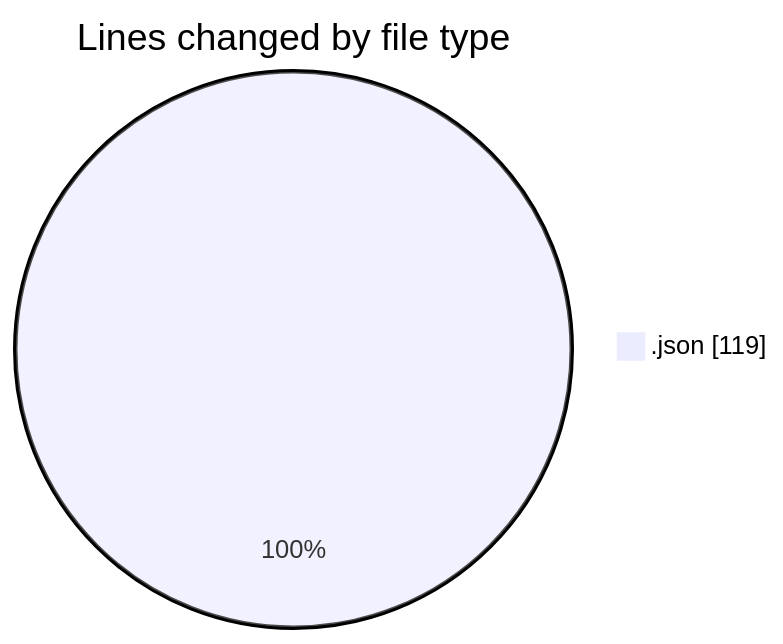
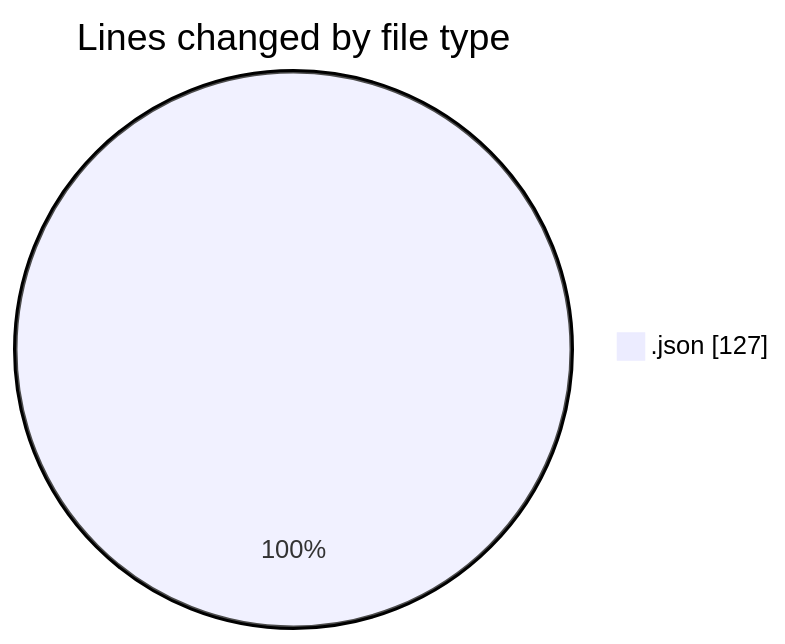
The first of 2 diagrams in 2025-08-10/transactions-new/README.md (EIIisD/code-tracking), drawn with Mermaid before and after one commit. The commit also changed other lines of this file and 1 other file, not shown here.

````diff
--- a/2025-08-10/transactions-new/README.md
+++ b/2025-08-10/transactions-new/README.md
@@ -21,5 +21,5 @@
 ```mermaid
 pie showData
 title Lines changed by file type
-".json" : 119
+".json" : 127
 ```
````
